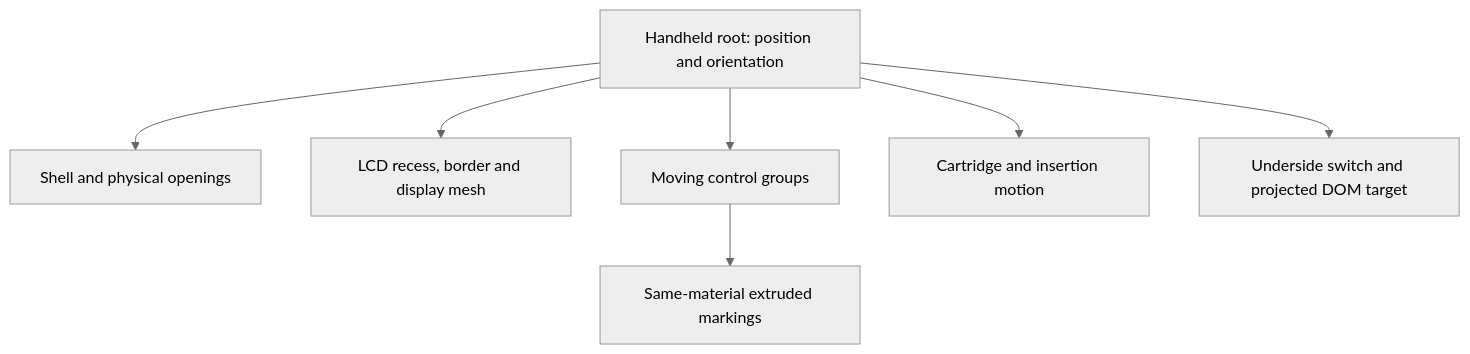
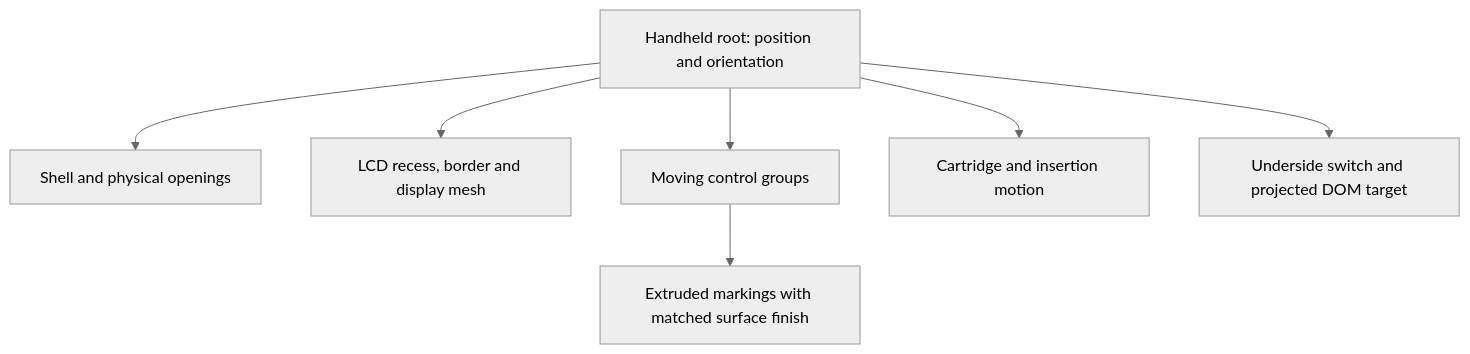
One commit to Zanark/BowserBoy changed the diagram in book/chapters/04-handheld-geometry/README.md. Above: the diagram before and after it, drawn with Mermaid (neutral theme). The commit also changed other lines of this file and 7 other files, not shown here.

````diff
--- a/book/chapters/04-handheld-geometry/README.md
+++ b/book/chapters/04-handheld-geometry/README.md
@@ -12,9 +12,9 @@
 ```mermaid
 flowchart TD
     A["Handheld root: position and orientation"] --> B["Shell and physical openings"]
     A --> C["LCD recess, border and display mesh"]
     A --> D["Moving control groups"]
-    D --> E["Same-material extruded markings"]
+    D --> E["Extruded markings with matched surface finish"]
     A --> F["Cartridge and insertion motion"]
     A --> G["Underside switch and projected DOM target"]
 ```
````
